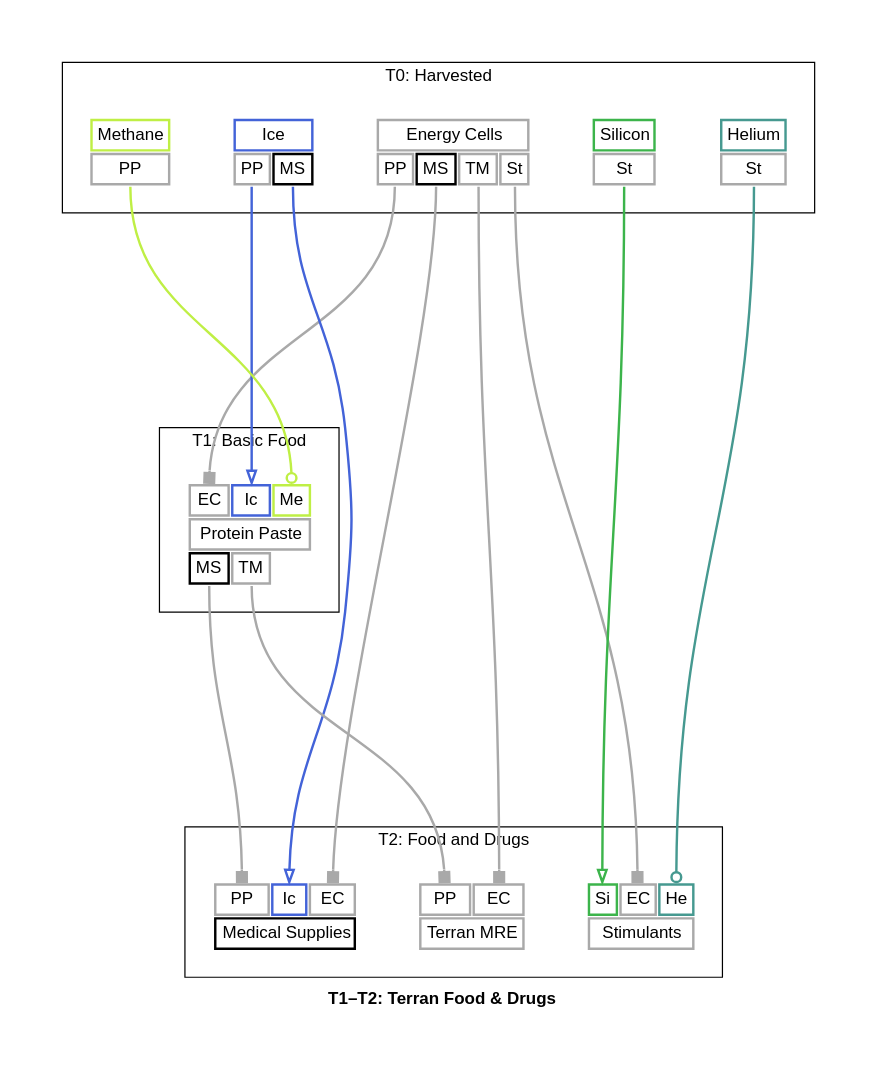
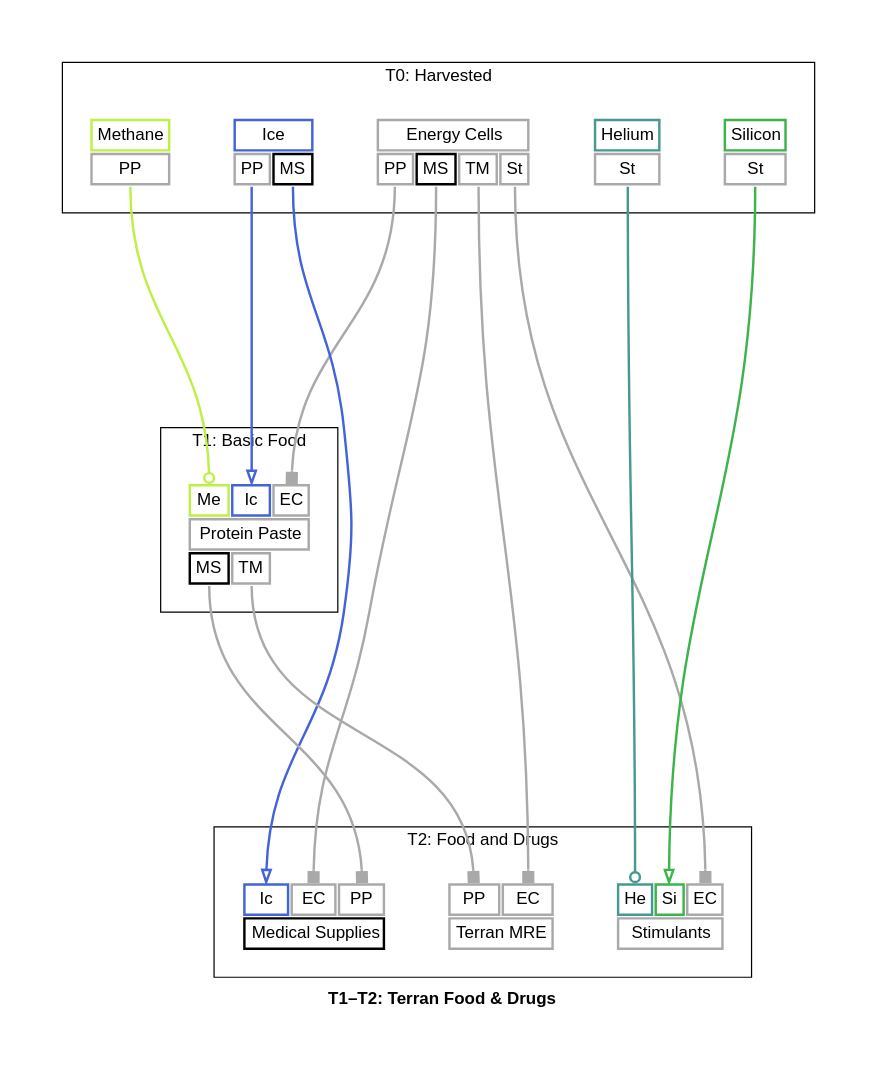
One commit to borntyping/x4-diagrams changed the diagram in docs/t1_t2_terran_food_drugs_graph_full.dot. Above: the diagram before and after it, drawn with Graphviz. The commit also changed other lines of this file and 45 other files, not shown here.

```diff
--- a/docs/t1_t2_terran_food_drugs_graph_full.dot
+++ b/docs/t1_t2_terran_food_drugs_graph_full.dot
@@ -1,175 +1,175 @@
 digraph "X4 Economy" {
 	edge [arrowType=normal]
 	compound=true fontname="Helvetica,Arial,sans-serif"
 	label=<<b>T1–T2: Terran Food &amp; Drugs</b>>
 	graph [nodesep=0.3 pad=0.5 ranksep=3]
 	node [color=slategray1 fontname="Helvetica,Arial,sans-serif" margin=0.2 penwidth=2.0 shape=plaintext]
 	edge [arrowhead=normal arrowsize=1.0 fontname="Helvetica,Arial,sans-serif" headport=n penwidth=2.0 tailport=s]
 	subgraph 0 {
 		cluster=true label="T0: Harvested"
 		energy_cells [label=<<table border="0" cellborder="2" cellpadding="4" cellspacing="1" fixedsize="false" id="energy_cells" port="output">
   
   <tr>
     <td align="text" bgcolor="white" color="#a9a9a9" colspan="4">Energy Cells</td>
   </tr>
   
     <tr>
       
         <td align="text" bgcolor="white" color="#a9a9a9" port="protein_paste">PP</td>
       
         <td align="text" bgcolor="white" color="#000000" port="medical_supplies">MS</td>
       
         <td align="text" bgcolor="white" color="#a9a9a9" port="terran_mre">TM</td>
       
         <td align="text" bgcolor="white" color="#a9a9a9" port="stimulants">St</td>
       
     </tr>
   
 </table>>]
 		helium [label=<<table border="0" cellborder="2" cellpadding="4" cellspacing="1" fixedsize="false" id="helium" port="output">
   
   <tr>
     <td align="text" bgcolor="white" color="#469990" colspan="1">Helium</td>
   </tr>
   
     <tr>
       
         <td align="text" bgcolor="white" color="#a9a9a9" port="stimulants">St</td>
       
     </tr>
   
 </table>>]
 		ice [label=<<table border="0" cellborder="2" cellpadding="4" cellspacing="1" fixedsize="false" id="ice" port="output">
   
   <tr>
     <td align="text" bgcolor="white" color="#4363d8" colspan="2">Ice</td>
   </tr>
   
     <tr>
       
         <td align="text" bgcolor="white" color="#a9a9a9" port="protein_paste">PP</td>
       
         <td align="text" bgcolor="white" color="#000000" port="medical_supplies">MS</td>
       
     </tr>
   
 </table>>]
 		methane [label=<<table border="0" cellborder="2" cellpadding="4" cellspacing="1" fixedsize="false" id="methane" port="output">
   
   <tr>
     <td align="text" bgcolor="white" color="#bfef45" colspan="1">Methane</td>
   </tr>
   
     <tr>
       
         <td align="text" bgcolor="white" color="#a9a9a9" port="protein_paste">PP</td>
       
     </tr>
   
 </table>>]
 		silicon [label=<<table border="0" cellborder="2" cellpadding="4" cellspacing="1" fixedsize="false" id="silicon" port="output">
   
   <tr>
     <td align="text" bgcolor="white" color="#3cb44b" colspan="1">Silicon</td>
   </tr>
   
     <tr>
       
         <td align="text" bgcolor="white" color="#a9a9a9" port="stimulants">St</td>
       
     </tr>
   
 </table>>]
 	}
 	subgraph 1 {
 		cluster=true label="T1: Basic Food"
 		protein_paste [label=<<table border="0" cellborder="2" cellpadding="4" cellspacing="1" fixedsize="false" id="protein_paste" port="output">
   
     <tr>
       
-        <td align="text" bgcolor="white" color="#a9a9a9" port="energy_cells">EC</td>
+        <td align="text" bgcolor="white" color="#bfef45" port="methane">Me</td>
       
         <td align="text" bgcolor="white" color="#4363d8" port="ice">Ic</td>
       
-        <td align="text" bgcolor="white" color="#bfef45" port="methane">Me</td>
+        <td align="text" bgcolor="white" color="#a9a9a9" port="energy_cells">EC</td>
       
     </tr>
   
   <tr>
     <td align="text" bgcolor="white" color="#a9a9a9" colspan="3">Protein Paste</td>
   </tr>
   
     <tr>
       
         <td align="text" bgcolor="white" color="#000000" port="medical_supplies">MS</td>
       
         <td align="text" bgcolor="white" color="#a9a9a9" port="terran_mre">TM</td>
       
     </tr>
   
 </table>>]
 	}
 	subgraph 2 {
 		cluster=true label="T2: Food and Drugs"
 		medical_supplies [label=<<table border="0" cellborder="2" cellpadding="4" cellspacing="1" fixedsize="false" id="medical_supplies" port="output">
   
     <tr>
       
-        <td align="text" bgcolor="white" color="#a9a9a9" port="protein_paste">PP</td>
-      
         <td align="text" bgcolor="white" color="#4363d8" port="ice">Ic</td>
       
         <td align="text" bgcolor="white" color="#a9a9a9" port="energy_cells">EC</td>
+      
+        <td align="text" bgcolor="white" color="#a9a9a9" port="protein_paste">PP</td>
       
     </tr>
   
   <tr>
     <td align="text" bgcolor="white" color="#000000" colspan="3">Medical Supplies</td>
   </tr>
   
 </table>>]
 		stimulants [label=<<table border="0" cellborder="2" cellpadding="4" cellspacing="1" fixedsize="false" id="stimulants" port="output">
   
     <tr>
       
+        <td align="text" bgcolor="white" color="#469990" port="helium">He</td>
+      
         <td align="text" bgcolor="white" color="#3cb44b" port="silicon">Si</td>
       
         <td align="text" bgcolor="white" color="#a9a9a9" port="energy_cells">EC</td>
-      
-        <td align="text" bgcolor="white" color="#469990" port="helium">He</td>
       
     </tr>
   
   <tr>
     <td align="text" bgcolor="white" color="#a9a9a9" colspan="3">Stimulants</td>
   </tr>
   
 </table>>]
 		terran_mre [label=<<table border="0" cellborder="2" cellpadding="4" cellspacing="1" fixedsize="false" id="terran_mre" port="output">
   
     <tr>
       
         <td align="text" bgcolor="white" color="#a9a9a9" port="protein_paste">PP</td>
       
         <td align="text" bgcolor="white" color="#a9a9a9" port="energy_cells">EC</td>
       
     </tr>
   
   <tr>
     <td align="text" bgcolor="white" color="#a9a9a9" colspan="2">Terran MRE</td>
   </tr>
   
 </table>>]
 	}
 	energy_cells:protein_paste:s -> protein_paste:energy_cells:n [arrowhead=box color="#a9a9a9" weight=1.0]
 	ice:protein_paste:s -> protein_paste:ice:n [arrowhead=empty color="#4363d8" weight=1.0]
 	methane:protein_paste:s -> protein_paste:methane:n [arrowhead=odot color="#bfef45" weight=1.0]
 	energy_cells:medical_supplies:s -> medical_supplies:energy_cells:n [arrowhead=box color="#a9a9a9" weight=1.0]
 	ice:medical_supplies:s -> medical_supplies:ice:n [arrowhead=empty color="#4363d8" weight=1.0]
 	protein_paste:medical_supplies:s -> medical_supplies:protein_paste:n [arrowhead=box color="#a9a9a9" weight=1.0]
 	energy_cells:terran_mre:s -> terran_mre:energy_cells:n [arrowhead=box color="#a9a9a9" weight=1.0]
 	protein_paste:terran_mre:s -> terran_mre:protein_paste:n [arrowhead=box color="#a9a9a9" weight=1.0]
 	energy_cells:stimulants:s -> stimulants:energy_cells:n [arrowhead=box color="#a9a9a9" weight=1.0]
 	helium:stimulants:s -> stimulants:helium:n [arrowhead=odot color="#469990" weight=1.0]
 	silicon:stimulants:s -> stimulants:silicon:n [arrowhead=empty color="#3cb44b" weight=1.0]
 }
```
